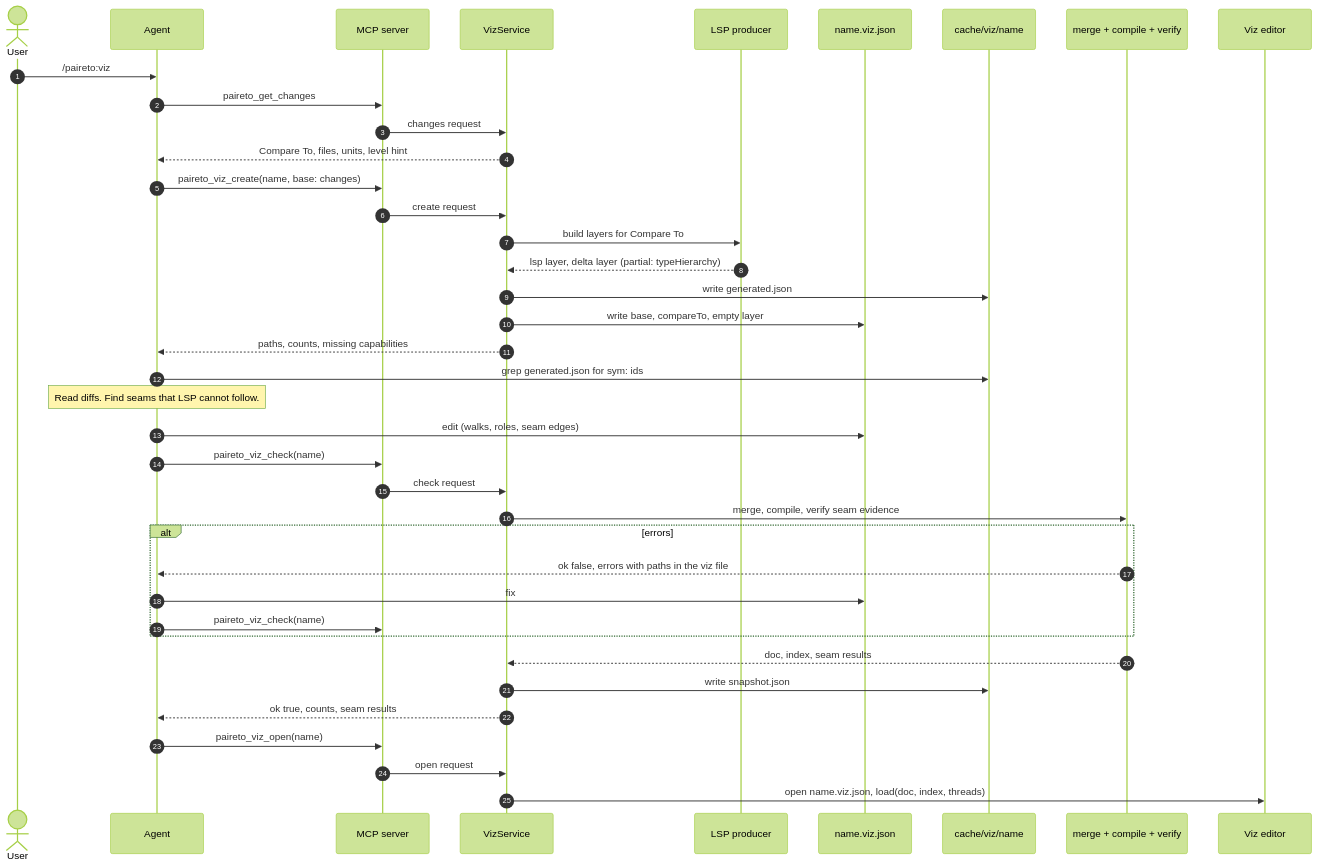
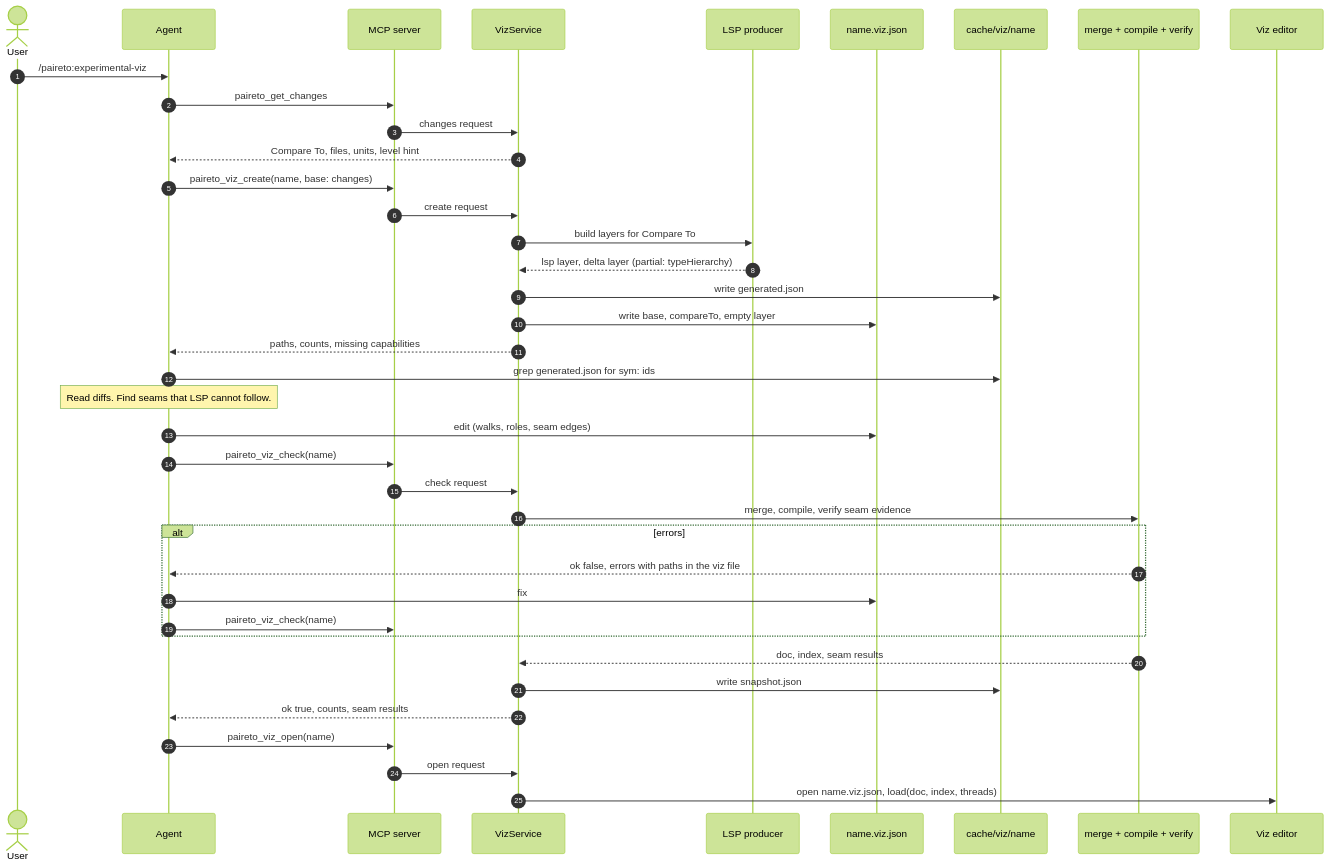
The first of 4 diagrams in docs/viz-core/04-protocols.md (Nick-Lucas/paireto), drawn with Mermaid (forest theme) before and after one commit. The commit also changed other lines of this file and 14 other files, not shown here.

First line of the commit message:
Mark the viz skill experimental and hide the viz button until a viz exists

````diff
--- a/docs/viz-core/04-protocols.md
+++ b/docs/viz-core/04-protocols.md
@@ -162,42 +162,42 @@
 ```mermaid
 sequenceDiagram
   autonumber
   actor User
   participant Agent
   participant MCP as MCP server
   participant Host as VizService
   participant LSP as LSP producer
   participant File as name.viz.json
   participant Cache as cache/viz/name
   participant Core as merge + compile + verify
   participant Editor as Viz editor
 
-  User->>Agent: /paireto:viz
+  User->>Agent: /paireto:experimental-viz
   Agent->>MCP: paireto_get_changes
   MCP->>Host: changes request
   Host-->>Agent: Compare To, files, units, level hint
   Agent->>MCP: paireto_viz_create(name, base: changes)
   MCP->>Host: create request
   Host->>LSP: build layers for Compare To
   LSP-->>Host: lsp layer, delta layer (partial: typeHierarchy)
   Host->>Cache: write generated.json
   Host->>File: write base, compareTo, empty layer
   Host-->>Agent: paths, counts, missing capabilities
   Agent->>Cache: grep generated.json for sym: ids
   Note over Agent: Read diffs. Find seams that LSP cannot follow.
   Agent->>File: edit (walks, roles, seam edges)
   Agent->>MCP: paireto_viz_check(name)
   MCP->>Host: check request
   Host->>Core: merge, compile, verify seam evidence
   alt errors
     Core-->>Agent: ok false, errors with paths in the viz file
     Agent->>File: fix
     Agent->>MCP: paireto_viz_check(name)
   end
   Core-->>Host: doc, index, seam results
   Host->>Cache: write snapshot.json
   Host-->>Agent: ok true, counts, seam results
   Agent->>MCP: paireto_viz_open(name)
   MCP->>Host: open request
   Host->>Editor: open name.viz.json, load(doc, index, threads)
 ```
````
